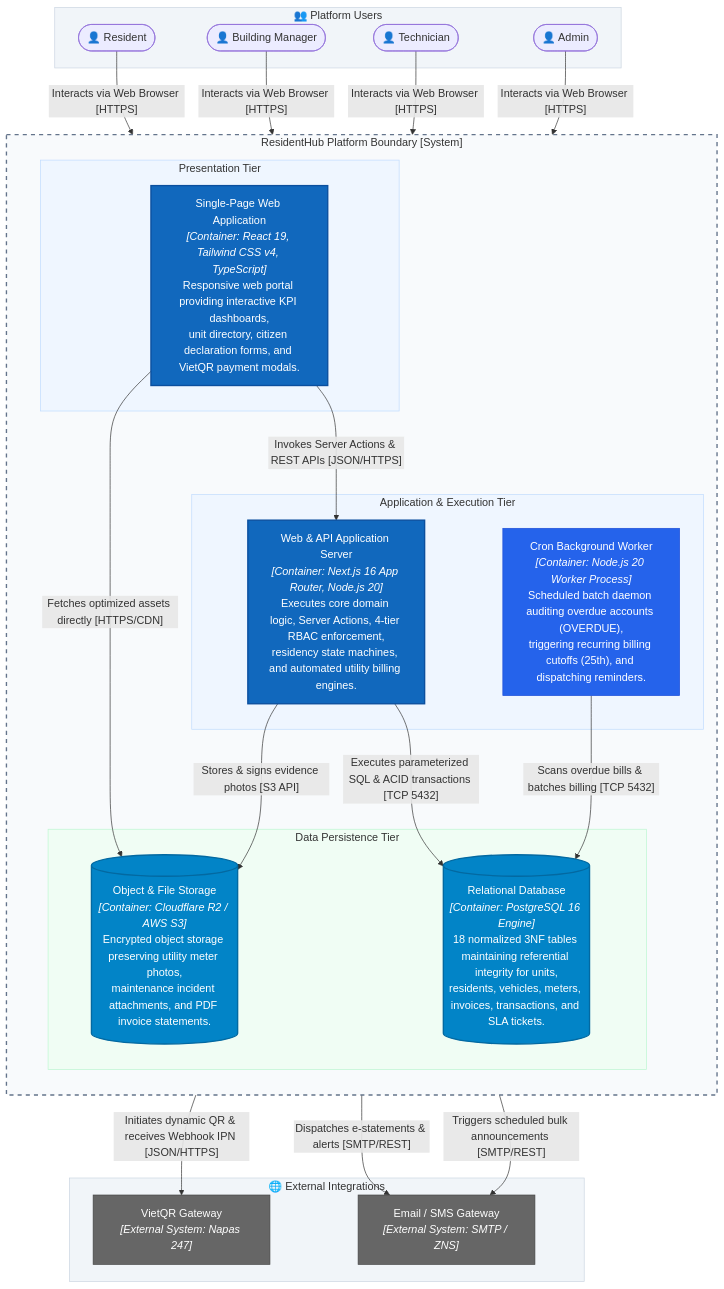
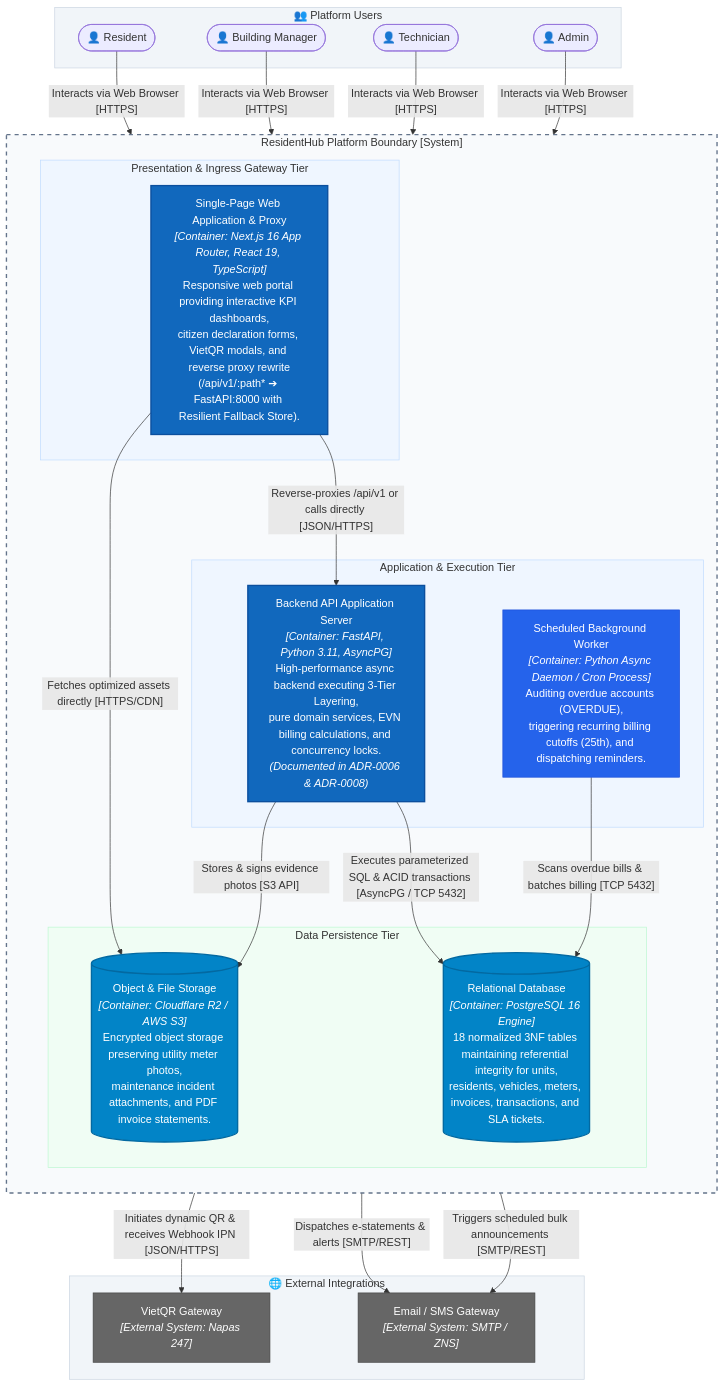
Before and after one commit to QuanAnh280605/NguyenAnhQuan-Household-Management: the second of 10 diagrams in docs/ARCHITECTURE_C4.md, drawn with Mermaid. The commit also changed other lines of this file and 7 other files, not shown here.

Commit message:
docs: synchronize architecture specifications, dual-mode ingress diagrams, and ADR-0009 index

````diff
--- a/docs/ARCHITECTURE_C4.md
+++ b/docs/ARCHITECTURE_C4.md
@@ -92,56 +92,56 @@
 ```mermaid
 flowchart TB
     subgraph users["👥 Platform Users"]
         resident(["👤 Resident"])
         manager(["👤 Building Manager"])
         tech(["👤 Technician"])
         admin(["👤 Admin"])
     end
 
     subgraph platform["ResidentHub Platform Boundary [System]"]
         direction TB
-        subgraph client_tier["Presentation Tier"]
-            spa["Single-Page Web Application<br/><i>[Container: React 19, Tailwind CSS v4, TypeScript]</i><br/>Responsive web portal providing interactive KPI dashboards,<br/>unit directory, citizen declaration forms, and VietQR payment modals."]
+        subgraph client_tier["Presentation & Ingress Gateway Tier"]
+            spa["Single-Page Web Application & Proxy<br/><i>[Container: Next.js 16 App Router, React 19, TypeScript]</i><br/>Responsive web portal providing interactive KPI dashboards,<br/>citizen declaration forms, VietQR modals, and reverse proxy rewrite<br/>(/api/v1/:path* ➔ FastAPI:8000 with Resilient Fallback Store)."]
         end
 
         subgraph app_tier["Application & Execution Tier"]
-            api["Web & API Application Server<br/><i>[Container: Next.js 16 App Router, Node.js 20]</i><br/>Executes core domain logic, Server Actions, 4-tier RBAC enforcement,<br/>residency state machines, and automated utility billing engines."]
-            worker["Cron Background Worker<br/><i>[Container: Node.js 20 Worker Process]</i><br/>Scheduled batch daemon auditing overdue accounts (OVERDUE),<br/>triggering recurring billing cutoffs (25th), and dispatching reminders."]
+            api["Backend API Application Server<br/><i>[Container: FastAPI, Python 3.11, AsyncPG]</i><br/>High-performance async backend executing 3-Tier Layering,<br/>pure domain services, EVN billing calculations, and concurrency locks.<br/><i>(Documented in ADR-0006 & ADR-0008)</i>"]
+            worker["Scheduled Background Worker<br/><i>[Container: Python Async Daemon / Cron Process]</i><br/>Auditing overdue accounts (OVERDUE),<br/>triggering recurring billing cutoffs (25th), and dispatching reminders."]
         end
 
         subgraph data_tier["Data Persistence Tier"]
             database[("Relational Database<br/><i>[Container: PostgreSQL 16 Engine]</i><br/>18 normalized 3NF tables maintaining referential integrity for units,<br/>residents, vehicles, meters, invoices, transactions, and SLA tickets.")]
             storage[("Object & File Storage<br/><i>[Container: Cloudflare R2 / AWS S3]</i><br/>Encrypted object storage preserving utility meter photos,<br/>maintenance incident attachments, and PDF invoice statements.")]
         end
     end
 
     subgraph external["🌐 External Integrations"]
         vietqr["VietQR Gateway<br/><i>[External System: Napas 247]</i>"]
         mail["Email / SMS Gateway<br/><i>[External System: SMTP / ZNS]</i>"]
     end
 
     resident & manager & tech & admin -- "Interacts via Web Browser [HTTPS]" --> spa
-    spa -- "Invokes Server Actions & REST APIs [JSON/HTTPS]" --> api
-    api -- "Executes parameterized SQL & ACID transactions [TCP 5432]" --> database
+    spa -- "Reverse-proxies /api/v1 or calls directly [JSON/HTTPS]" --> api
+    api -- "Executes parameterized SQL & ACID transactions [AsyncPG / TCP 5432]" --> database
     worker -- "Scans overdue bills & batches billing [TCP 5432]" --> database
     api -- "Stores & signs evidence photos [S3 API]" --> storage
     spa -- "Fetches optimized assets directly [HTTPS/CDN]" --> storage
 
     api -- "Initiates dynamic QR & receives Webhook IPN [JSON/HTTPS]" --> vietqr
     api -- "Dispatches e-statements & alerts [SMTP/REST]" --> mail
     worker -- "Triggers scheduled bulk announcements [SMTP/REST]" --> mail
 
     style spa fill:#1168bd,color:#fff,stroke:#0b4f9e,stroke-width:2px
     style api fill:#1168bd,color:#fff,stroke:#0b4f9e,stroke-width:2px
     style worker fill:#2563eb,color:#fff,stroke:#1d4ed8,stroke-width:1px
     style database fill:#0284c7,color:#fff,stroke:#0369a1,stroke-width:2px
     style storage fill:#0284c7,color:#fff,stroke:#0369a1,stroke-width:2px
     style vietqr fill:#666,color:#fff,stroke:#444
     style mail fill:#666,color:#fff,stroke:#444
     style platform fill:#f8fafc,stroke:#64748b,stroke-width:2px,stroke-dasharray: 6 6
     style client_tier fill:#eff6ff,stroke:#bfdbfe
     style app_tier fill:#eff6ff,stroke:#bfdbfe
     style data_tier fill:#f0fdf4,stroke:#bbf7d0
     style users fill:#f1f5f9,stroke:#cbd5e1
     style external fill:#f1f5f9,stroke:#cbd5e1
 ```
````
